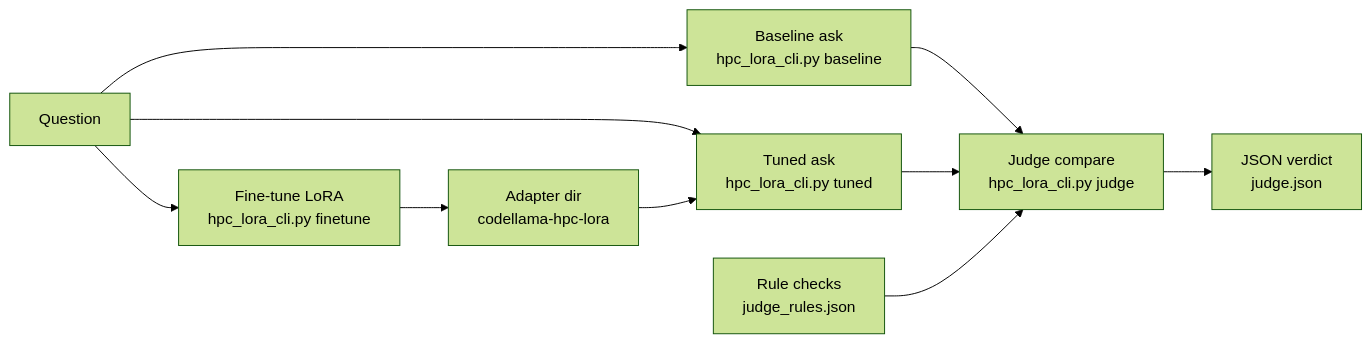
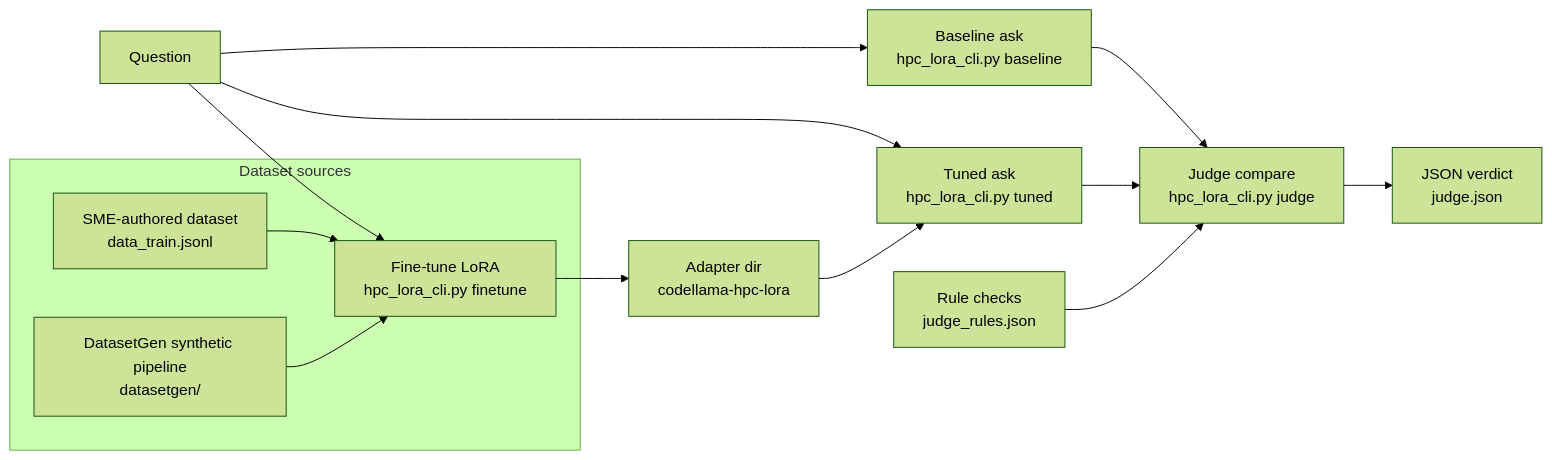
One commit to jbsparks/lora-hpc-adapter changed the diagram in README.md. Above: the diagram before and after it, drawn with Mermaid (forest theme). The commit also changed other lines of this file and 18 other files, not shown here.

````diff
--- a/README.md
+++ b/README.md
@@ -19,12 +19,19 @@
 ```mermaid
 flowchart LR
   Q[Question] --> B[Baseline ask<br/>hpc_lora_cli.py baseline]
   Q --> T[Fine-tune LoRA<br/>hpc_lora_cli.py finetune]
   T --> A[Adapter dir<br/>codellama-hpc-lora]
   Q --> L[Tuned ask<br/>hpc_lora_cli.py tuned]
   A --> L
   B --> J[Judge compare<br/>hpc_lora_cli.py judge]
   L --> J
   R[Rule checks<br/>judge_rules.json] --> J
   J --> O[JSON verdict<br/>judge.json]
+
+  subgraph DATA[Dataset sources]
+    S[SME-authored dataset<br/>data_train.jsonl]
+    D[DatasetGen synthetic pipeline<br/>datasetgen/]
+    S --> T
+    D --> T
+  end
 ```
````
